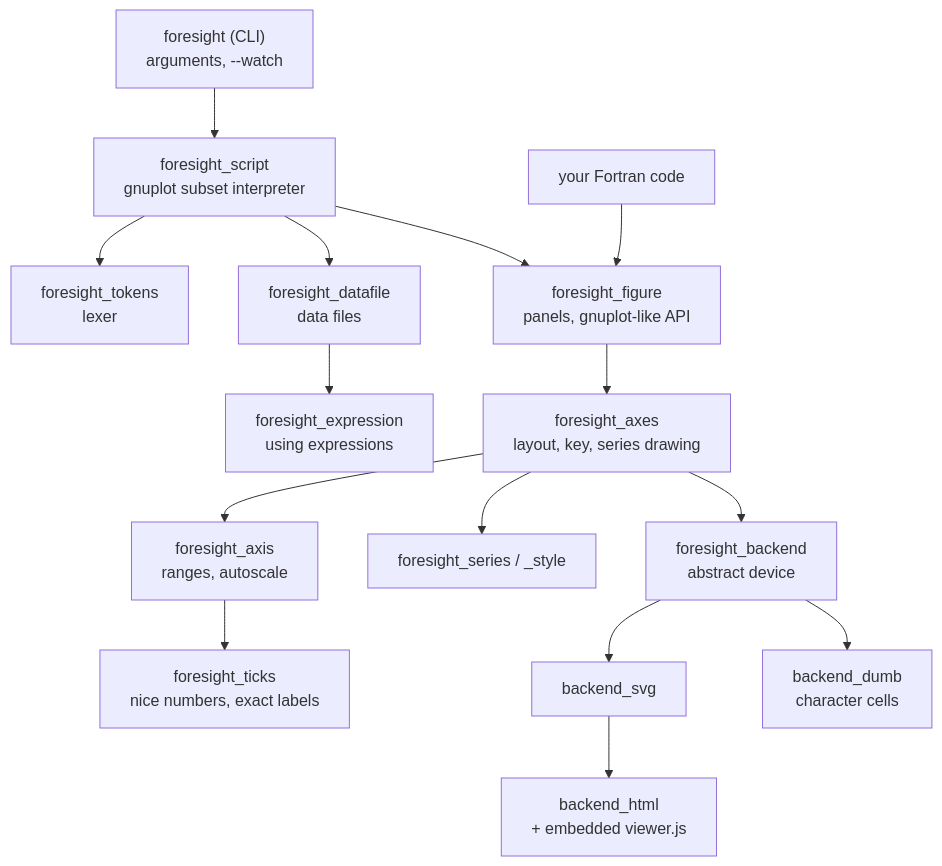
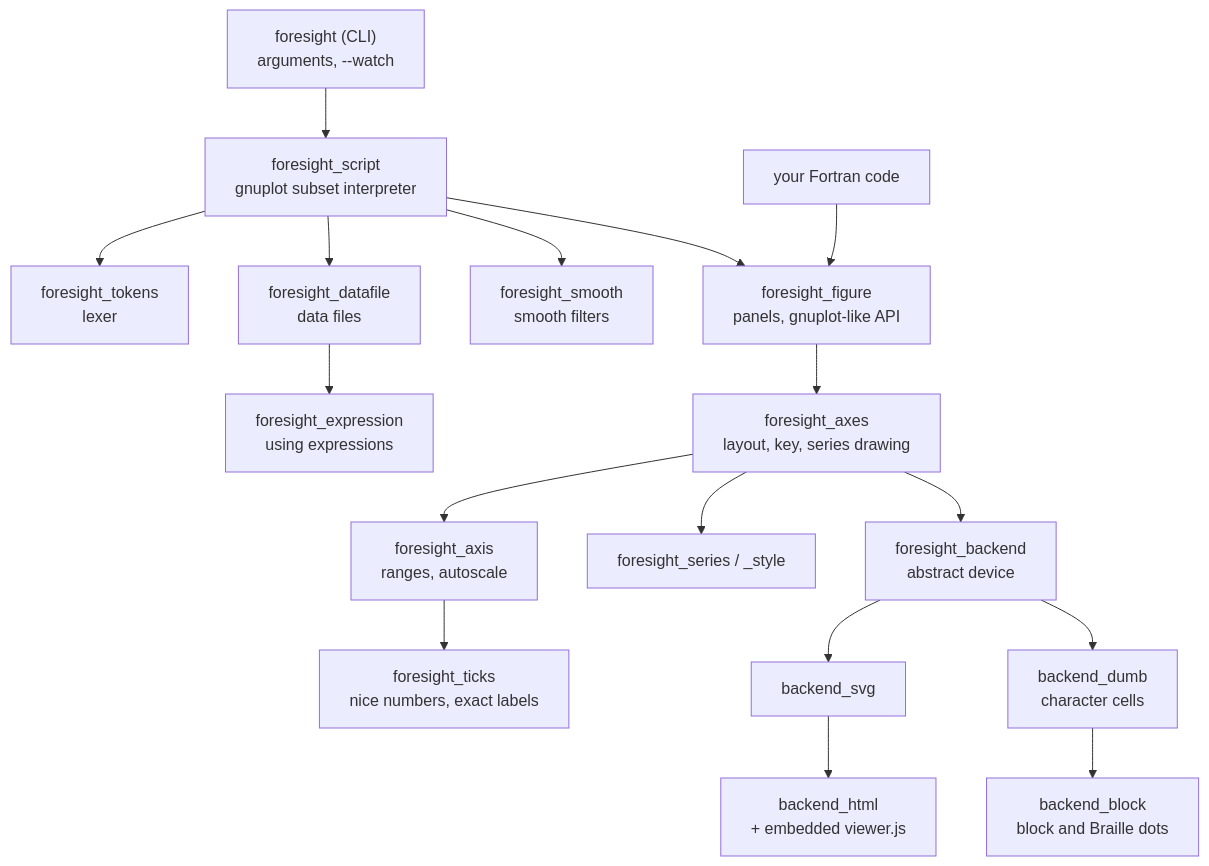
Before and after one commit to szaghi/foresight: the diagram in docs/guide/architecture.md, drawn with Mermaid. The commit also changed other lines of this file and 97 other files, not shown here.

````diff
--- a/docs/guide/architecture.md
+++ b/docs/guide/architecture.md
@@ -7,17 +7,19 @@
 ```mermaid
 flowchart TD
     CLI["foresight (CLI)<br/>arguments, --watch"] --> SCRIPT
     SCRIPT["foresight_script<br/>gnuplot subset interpreter"] --> TOKENS["foresight_tokens<br/>lexer"]
     SCRIPT --> DATA["foresight_datafile<br/>data files"]
     DATA --> EXPR["foresight_expression<br/>using expressions"]
+    SCRIPT --> SMOOTH["foresight_smooth<br/>smooth filters"]
     SCRIPT --> FIG
     USER["your Fortran code"] --> FIG
     FIG["foresight_figure<br/>panels, gnuplot-like API"] --> AXES
     AXES["foresight_axes<br/>layout, key, series drawing"] --> AXIS["foresight_axis<br/>ranges, autoscale"]
     AXES --> SERIES["foresight_series / _style"]
     AXIS --> TICKS["foresight_ticks<br/>nice numbers, exact labels"]
     AXES --> BACKEND
     BACKEND["foresight_backend<br/>abstract device"] --> SVG["backend_svg"]
     SVG --> HTML["backend_html<br/>+ embedded viewer.js"]
     BACKEND --> DUMB["backend_dumb<br/>character cells"]
+    DUMB --> BLOCK["backend_block<br/>block and Braille dots"]
 ```
````
